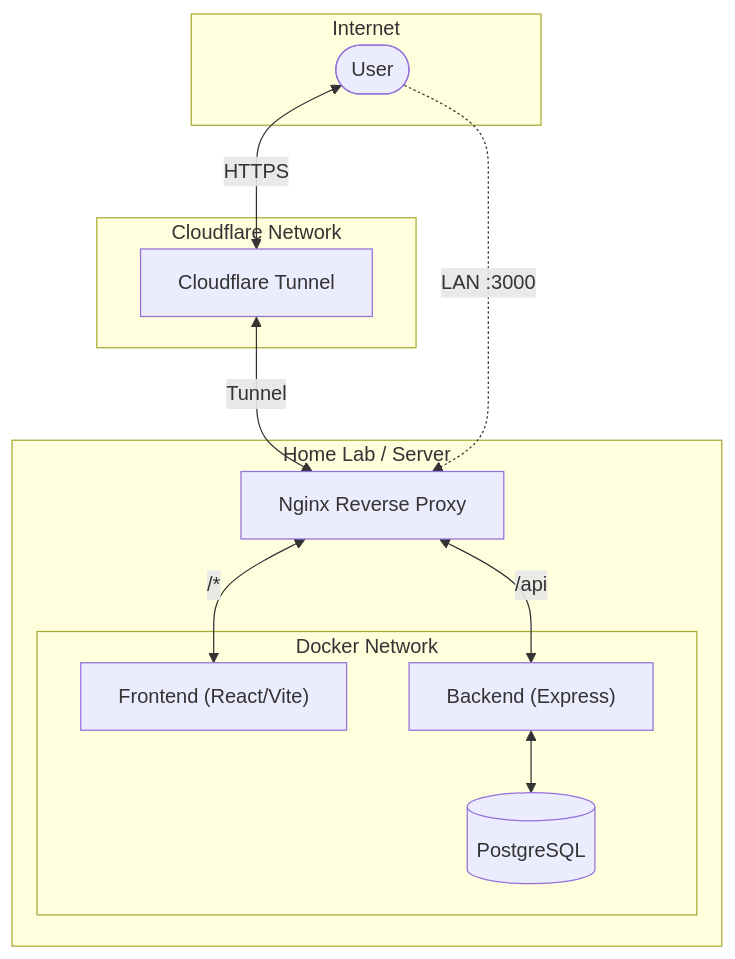
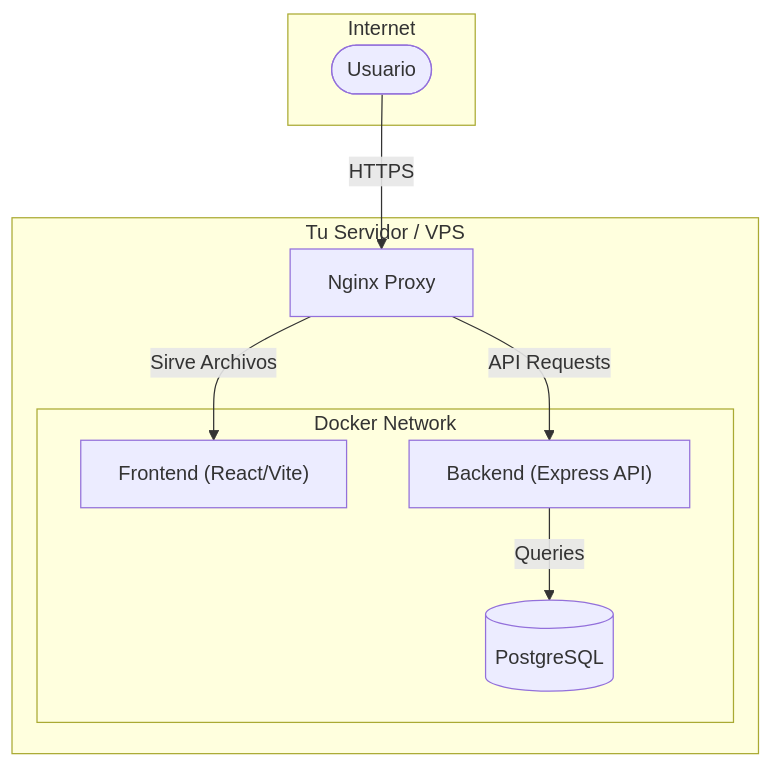
One commit to herwingx/finanzas-pro changed the diagram in README.md. Above: the diagram before and after it, drawn with Mermaid. The commit also changed other lines of this file and 7 other files, not shown here.

````diff
--- a/README.md
+++ b/README.md
@@ -97,30 +171,21 @@
 ```mermaid
 graph TD
     subgraph Internet
-        User([User])
+        User([Usuario])
     end
 
-    subgraph "Cloudflare Network"
-        CF[Cloudflare Tunnel]
-    end
-
-    subgraph "Home Lab / Server"
-        Nginx[Nginx Reverse Proxy]
+    subgraph "Tu Servidor / VPS"
+        Nginx[Nginx Proxy]
         
         subgraph "Docker Network"
             Frontend["Frontend (React/Vite)"]
-            Backend["Backend (Express)"]
+            Backend["Backend (Express API)"]
             DB[(PostgreSQL)]
         end
     end
 
-    User <-->|HTTPS| CF
-    CF <-->|Tunnel| Nginx
-    
-    User -.->|LAN :3000| Nginx
-
-    Nginx <-->|/api| Backend
-    Nginx <-->|/*| Frontend
-    
-    Backend <--> DB
+    User -->|HTTPS| Nginx
+    Nginx -->|Sirve Archivos| Frontend
+    Nginx -->|API Requests| Backend
+    Backend -->|Queries| DB
 ```
````
